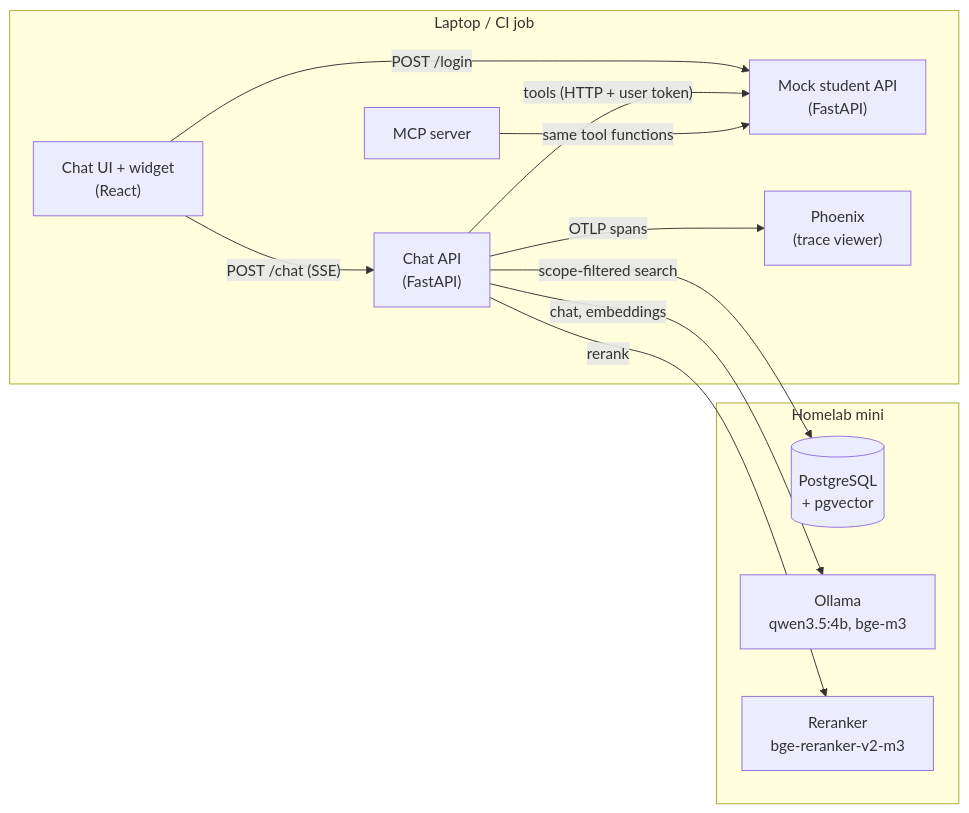
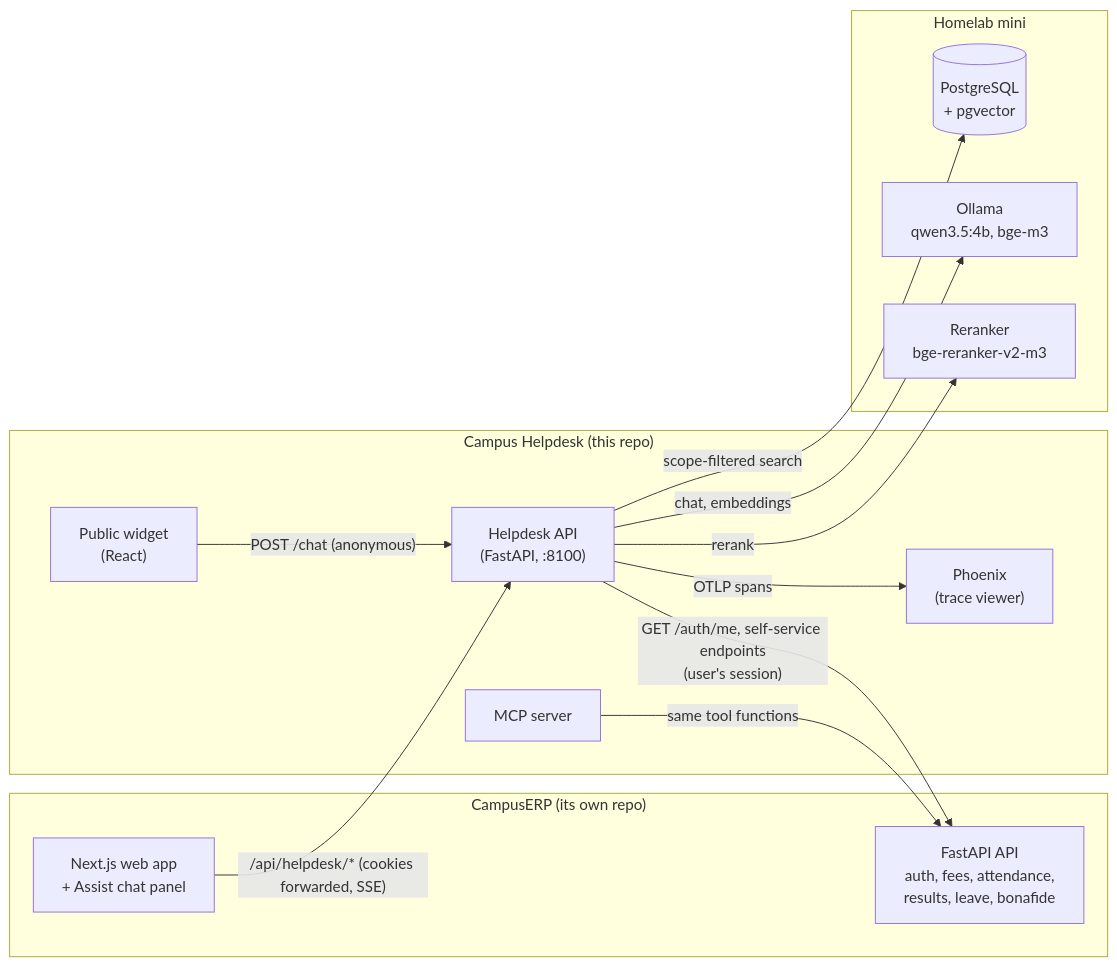
The first of 3 diagrams in docs/spec.md (MaheshMoholkar/campus-helpdesk), drawn with Mermaid before and after one commit. The commit also changed other lines of this file and 41 other files, not shown here.

First line of the commit message:
Rework Campus Helpdesk as an extension of CampusERP

````diff
--- a/docs/spec.md
+++ b/docs/spec.md
@@ -113,24 +124,27 @@
 ```mermaid
 flowchart LR
-    subgraph Laptop_or_CI["Laptop / CI job"]
-        UI["Chat UI + widget<br/>(React)"]
-        API["Chat API<br/>(FastAPI)"]
-        SAPI["Mock student API<br/>(FastAPI)"]
+    subgraph ERP["CampusERP (its own repo)"]
+        WEB["Next.js web app<br/>+ Assist chat panel"]
+        EAPI["FastAPI API<br/>auth, fees, attendance,<br/>results, leave, bonafide"]
+    end
+    subgraph HD["Campus Helpdesk (this repo)"]
+        API["Helpdesk API<br/>(FastAPI, :8100)"]
         MCP["MCP server"]
+        PUB["Public widget<br/>(React)"]
         PHX["Phoenix<br/>(trace viewer)"]
     end
     subgraph Mini["Homelab mini"]
         PG[("PostgreSQL<br/>+ pgvector")]
         OLL["Ollama<br/>qwen3.5:4b, bge-m3"]
         RR["Reranker<br/>bge-reranker-v2-m3"]
     end
 
-    UI -- "POST /chat (SSE)" --> API
-    UI -- "POST /login" --> SAPI
+    WEB -- "/api/helpdesk/* (cookies forwarded, SSE)" --> API
+    PUB -- "POST /chat (anonymous)" --> API
+    API -- "GET /auth/me, self-service endpoints<br/>(user's session)" --> EAPI
+    MCP -- "same tool functions" --> EAPI
     API -- "scope-filtered search" --> PG
     API -- "chat, embeddings" --> OLL
     API -- "rerank" --> RR
-    API -- "tools (HTTP + user token)" --> SAPI
-    MCP -- "same tool functions" --> SAPI
     API -- "OTLP spans" --> PHX
 ```
````
